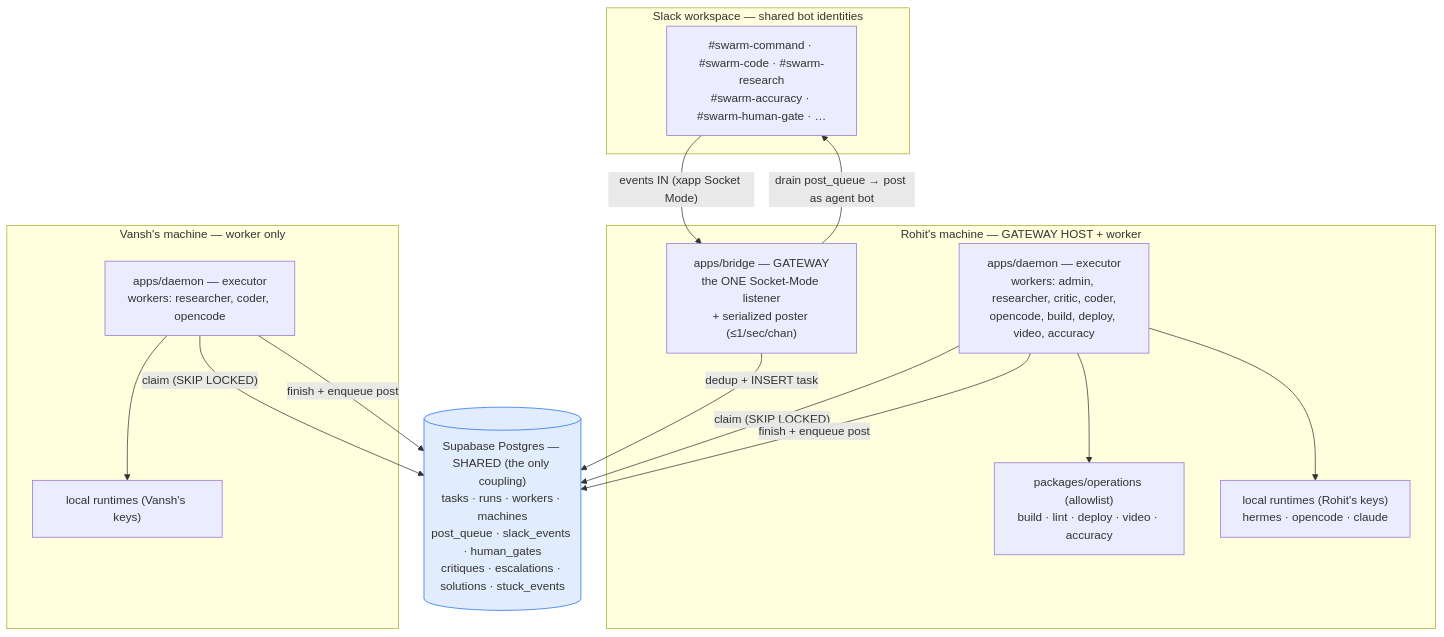
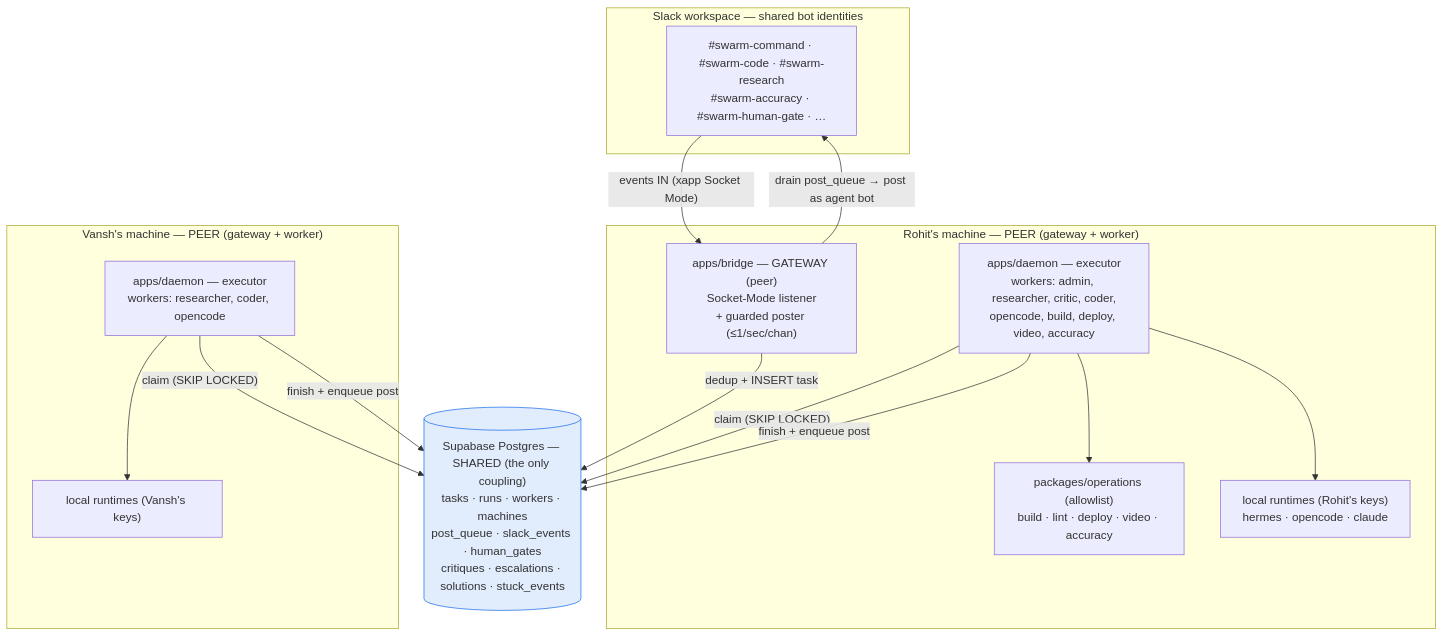
Before and after one commit to vanshgupta-glitch/VTO-AGENTS: the first of 4 diagrams in doc/ORCHESTRATION-DIAGRAM.md, drawn with Mermaid. The commit also changed other lines of this file and 15 other files, not shown here.

````diff
--- a/doc/ORCHESTRATION-DIAGRAM.md
+++ b/doc/ORCHESTRATION-DIAGRAM.md
@@ -13,34 +13,34 @@
 ```mermaid
 flowchart TB
   subgraph SLACK["Slack workspace — shared bot identities"]
     CH["#swarm-command · #swarm-code · #swarm-research<br/>#swarm-accuracy · #swarm-human-gate · …"]
   end
 
   DB[("Supabase Postgres — SHARED (the only coupling)<br/>tasks · runs · workers · machines<br/>post_queue · slack_events · human_gates<br/>critiques · escalations · solutions · stuck_events")]
 
-  subgraph ROHIT["Rohit's machine — GATEWAY HOST + worker"]
-    GW["apps/bridge — GATEWAY<br/>the ONE Socket-Mode listener<br/>+ serialized poster (≤1/sec/chan)"]
+  subgraph ROHIT["Rohit's machine — PEER (gateway + worker)"]
+    GW["apps/bridge — GATEWAY (peer)<br/>Socket-Mode listener<br/>+ guarded poster (≤1/sec/chan)"]
     DR["apps/daemon — executor<br/>workers: admin, researcher, critic, coder,<br/>opencode, build, deploy, video, accuracy"]
     OPS["packages/operations (allowlist)<br/>build · lint · deploy · video · accuracy"]
     RTR["local runtimes (Rohit's keys)<br/>hermes · opencode · claude"]
   end
 
-  subgraph VANSH["Vansh's machine — worker only"]
+  subgraph VANSH["Vansh's machine — PEER (gateway + worker)"]
     DV["apps/daemon — executor<br/>workers: researcher, coder, opencode"]
     RTV["local runtimes (Vansh's keys)"]
   end
 
   CH -- "events IN (xapp Socket Mode)" --> GW
   GW -- "dedup + INSERT task" --> DB
   DR -- "claim (SKIP LOCKED)" --> DB
   DV -- "claim (SKIP LOCKED)" --> DB
   DR --> OPS
   DR --> RTR
   DV --> RTV
   DR -- "finish + enqueue post" --> DB
   DV -- "finish + enqueue post" --> DB
   GW -- "drain post_queue → post as agent bot" --> CH
 
   classDef store fill:#1f6feb22,stroke:#1f6feb;
   class DB store;
 ```
````
